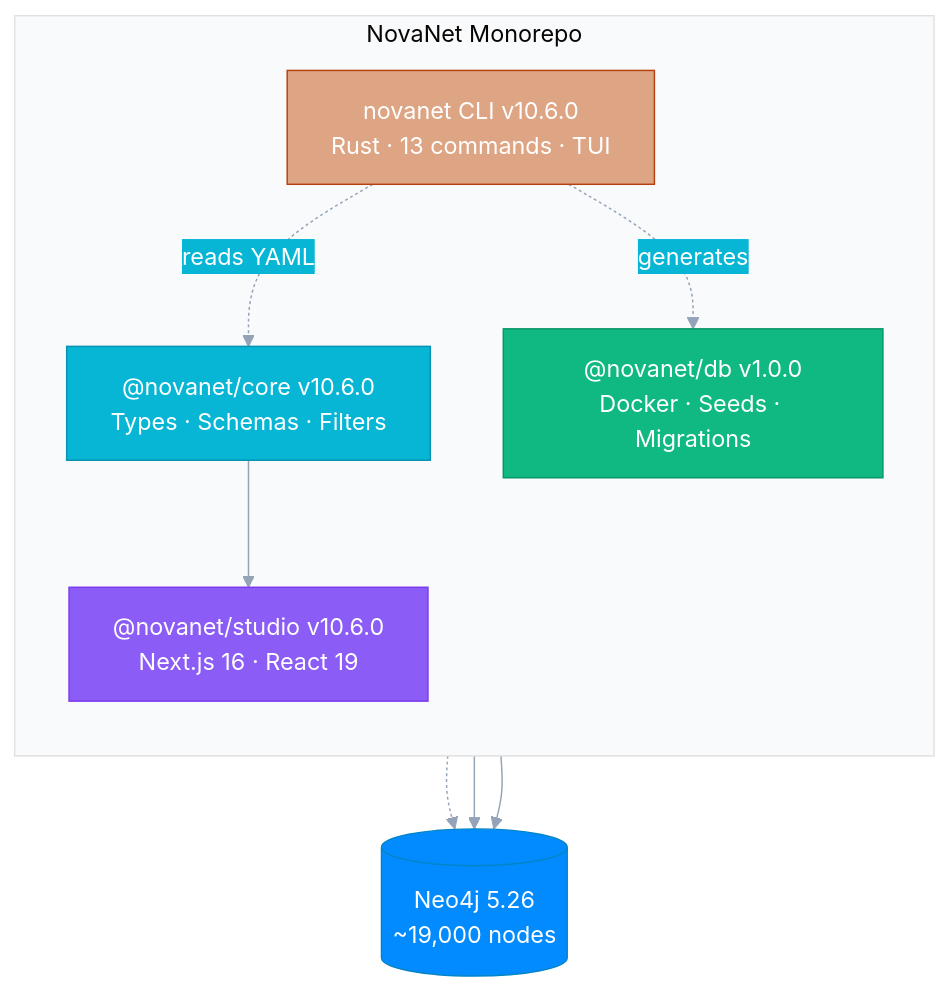
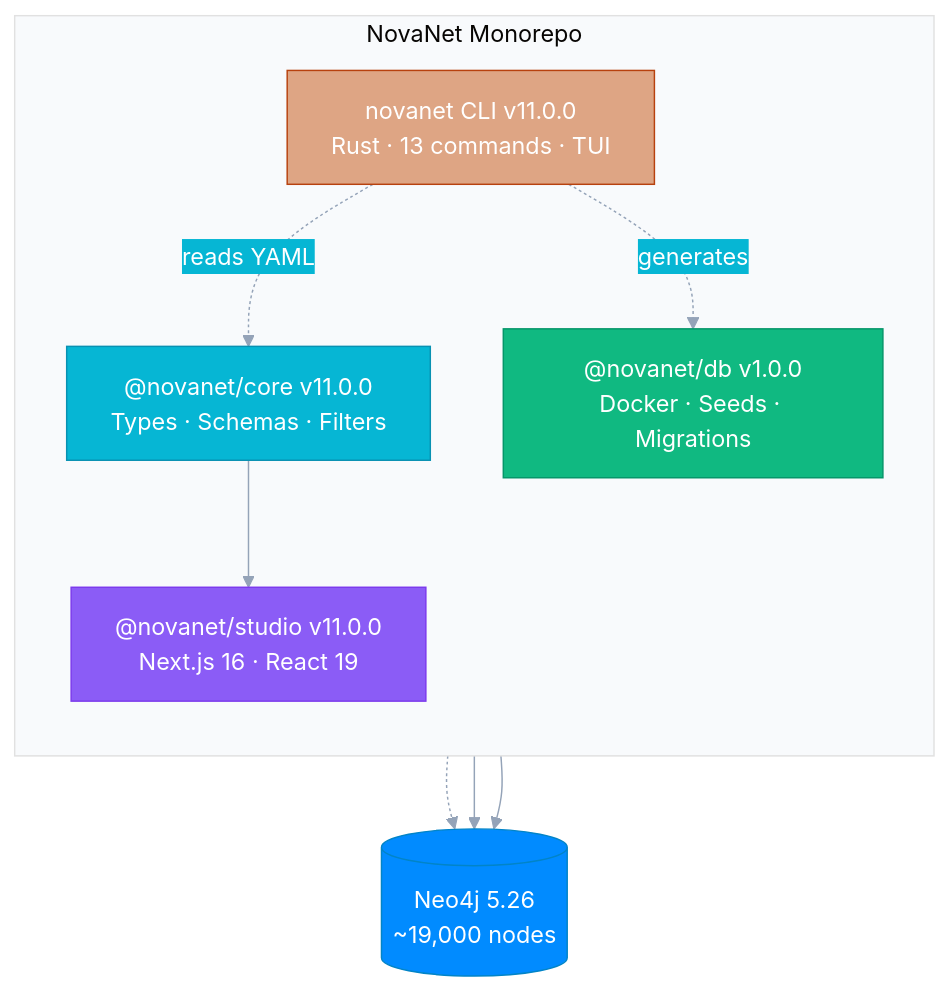
The diagram in README.md (supernovae-st/novanet), drawn with Mermaid before and after one commit. The commit also changed other lines of this file and 23 other files, not shown here.

````diff
--- a/README.md
+++ b/README.md
@@ -45,33 +45,33 @@
 ```mermaid
 %%{init: {'theme': 'base', 'themeVariables': {
   'primaryColor': '#6366f1',
   'primaryTextColor': '#fff',
   'primaryBorderColor': '#4f46e5',
   'lineColor': '#94a3b8',
   'secondaryColor': '#06b6d4',
   'tertiaryColor': '#f8fafc'
 }}}%%
 flowchart TB
     subgraph MONO["NovaNet Monorepo"]
         direction TB
-        CORE["@novanet/core v10.6.0\nTypes · Schemas · Filters"]
+        CORE["@novanet/core v11.0.0\nTypes · Schemas · Filters"]
         DB["@novanet/db v1.0.0\nDocker · Seeds · Migrations"]
-        STUDIO["@novanet/studio v10.6.0\nNext.js 16 · React 19"]
-        RUST["novanet CLI v10.6.0\nRust · 13 commands · TUI"]
+        STUDIO["@novanet/studio v11.0.0\nNext.js 16 · React 19"]
+        RUST["novanet CLI v11.0.0\nRust · 13 commands · TUI"]
     end
 
     CORE --> STUDIO
     RUST -.->|reads YAML| CORE
     RUST -.->|generates| DB
 
     NEO4J[("Neo4j 5.26\n~19,000 nodes")]
     DB -.-> NEO4J
     STUDIO --> NEO4J
     RUST --> NEO4J
 
     style CORE fill:#06b6d4,stroke:#0891b2,color:#fff
     style DB fill:#10b981,stroke:#059669,color:#fff
     style STUDIO fill:#8b5cf6,stroke:#7c3aed,color:#fff
     style RUST fill:#DEA584,stroke:#B7410E,color:#fff
     style NEO4J fill:#018bff,stroke:#0284c7,color:#fff
 ```
````
